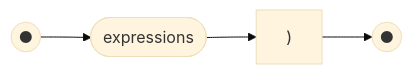
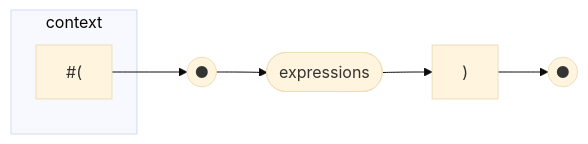
Diagram 57 of 59 in docs/railroad.md (billhails/CEKF), drawn with Mermaid (base theme) before and after one commit. The commit also changed other lines of this file and 4 other files, not shown here.

````diff
--- a/docs/railroad.md
+++ b/docs/railroad.md
@@ -816,6 +877,9 @@
 ```mermaid
 flowchart LR
 s(("●"))
 e(("●"))
-s --> exprs([expressions]) --> close[")"] --> e
+subgraph context
+tuple["#("]
+end
+tuple --> s --> exprs([expressions]) --> close[")"] --> e
 ```
````
